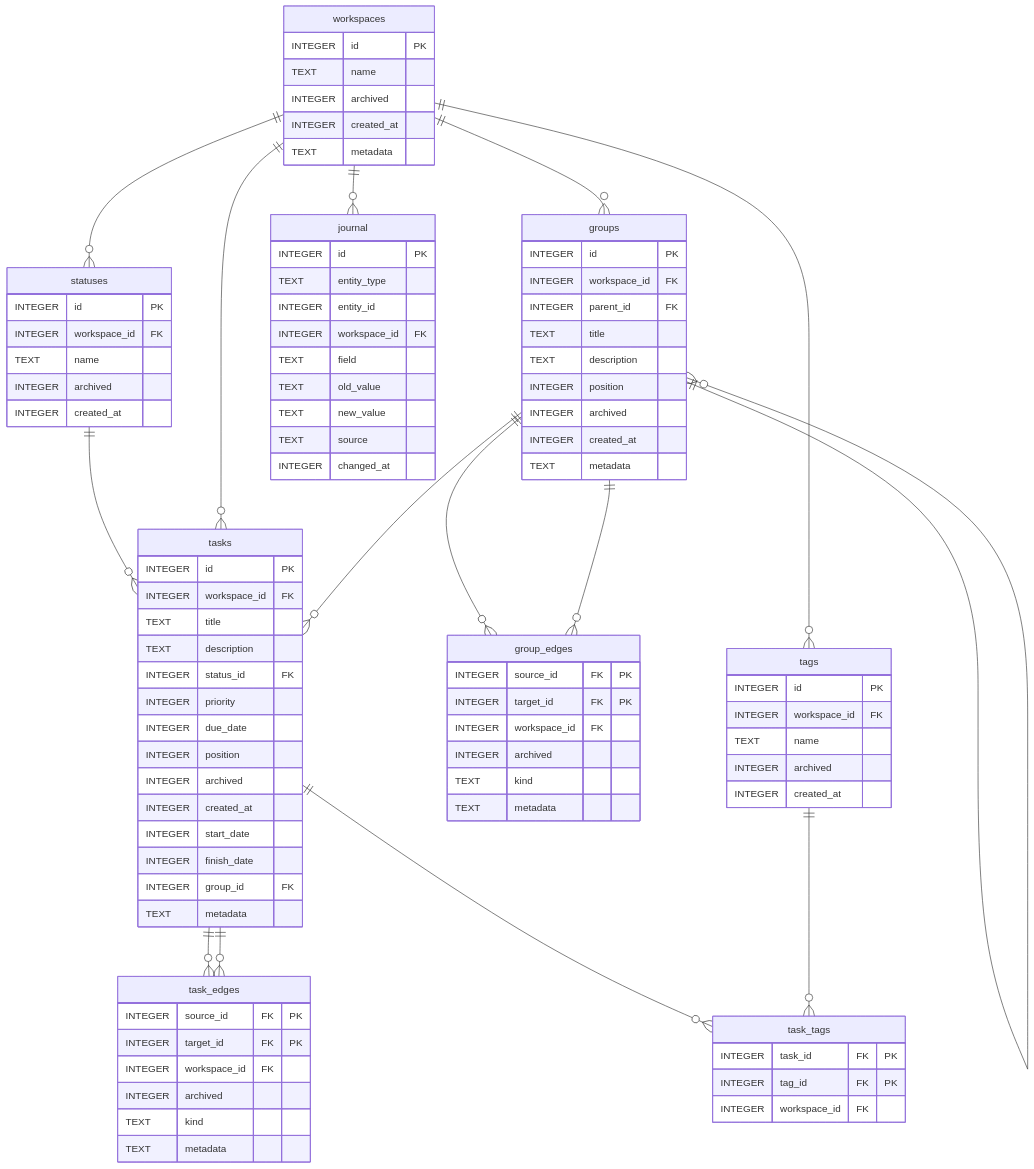
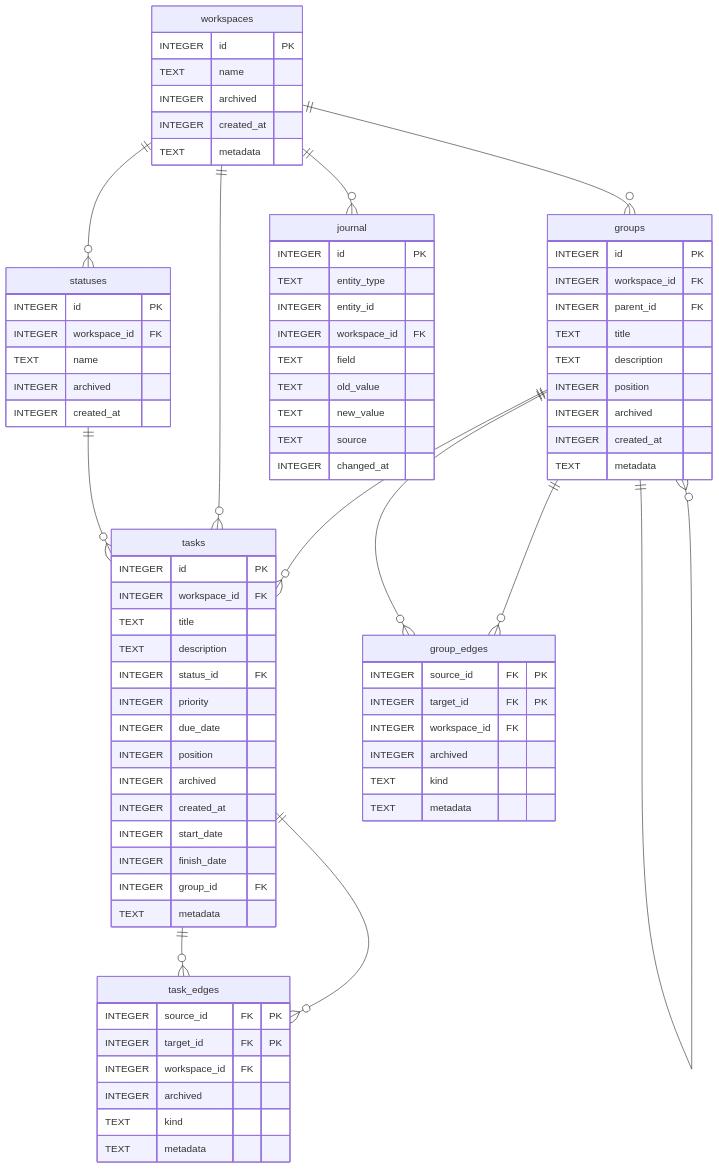
One commit to phansen314/stx changed the diagram in docs/erd.md. Above: the diagram before and after it, drawn with Mermaid. The commit also changed 29 other files, not shown here.

```diff
--- a/docs/erd.md
+++ b/docs/erd.md
@@ -10,9 +10,6 @@
     tasks ||--o{ task_edges : ""
     groups ||--o{ group_edges : ""
     groups ||--o{ group_edges : ""
-    workspaces ||--o{ tags : ""
-    tasks ||--o{ task_tags : ""
-    tags ||--o{ task_tags : ""
     workspaces ||--o{ journal : ""
 
     workspaces {
@@ -78,20 +75,6 @@
         TEXT metadata
     }
 
-    tags {
-        INTEGER id PK
-        INTEGER workspace_id FK
-        TEXT name
-        INTEGER archived
-        INTEGER created_at
-    }
-
-    task_tags {
-        INTEGER task_id FK "PK"
-        INTEGER tag_id FK "PK"
-        INTEGER workspace_id FK
-    }
-
     journal {
         INTEGER id PK
         TEXT entity_type
```
